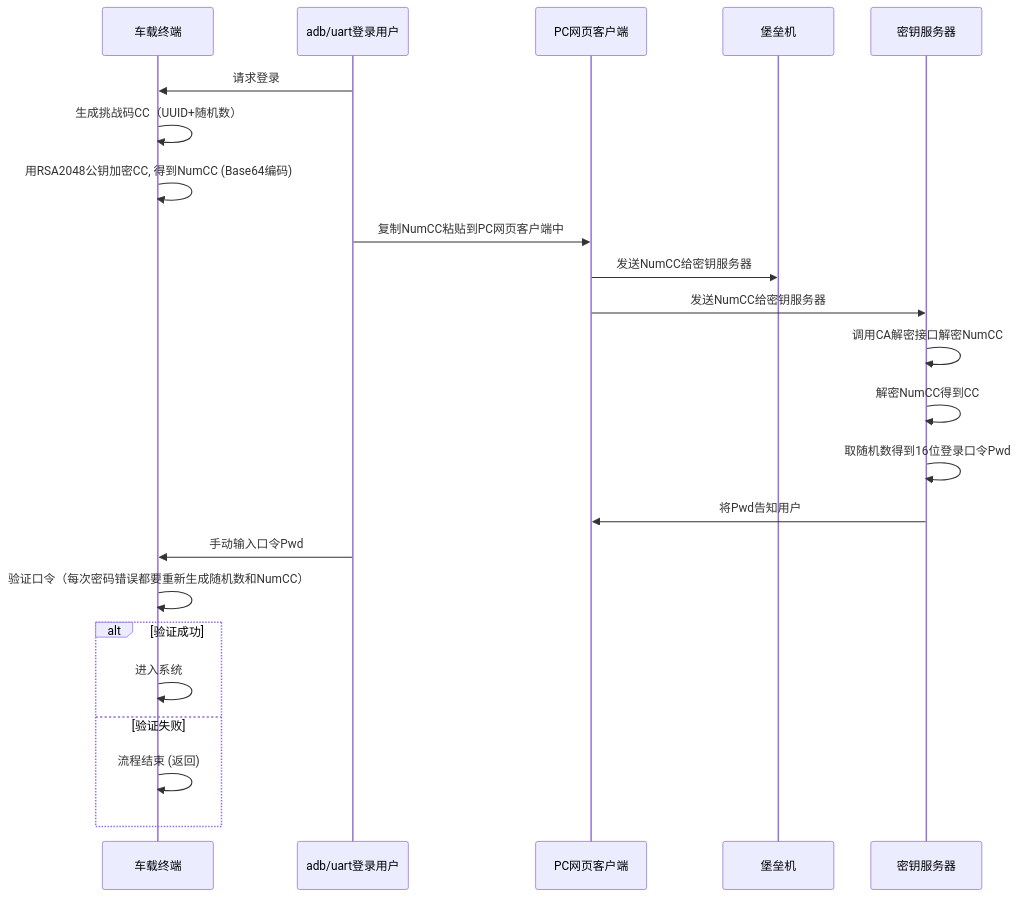
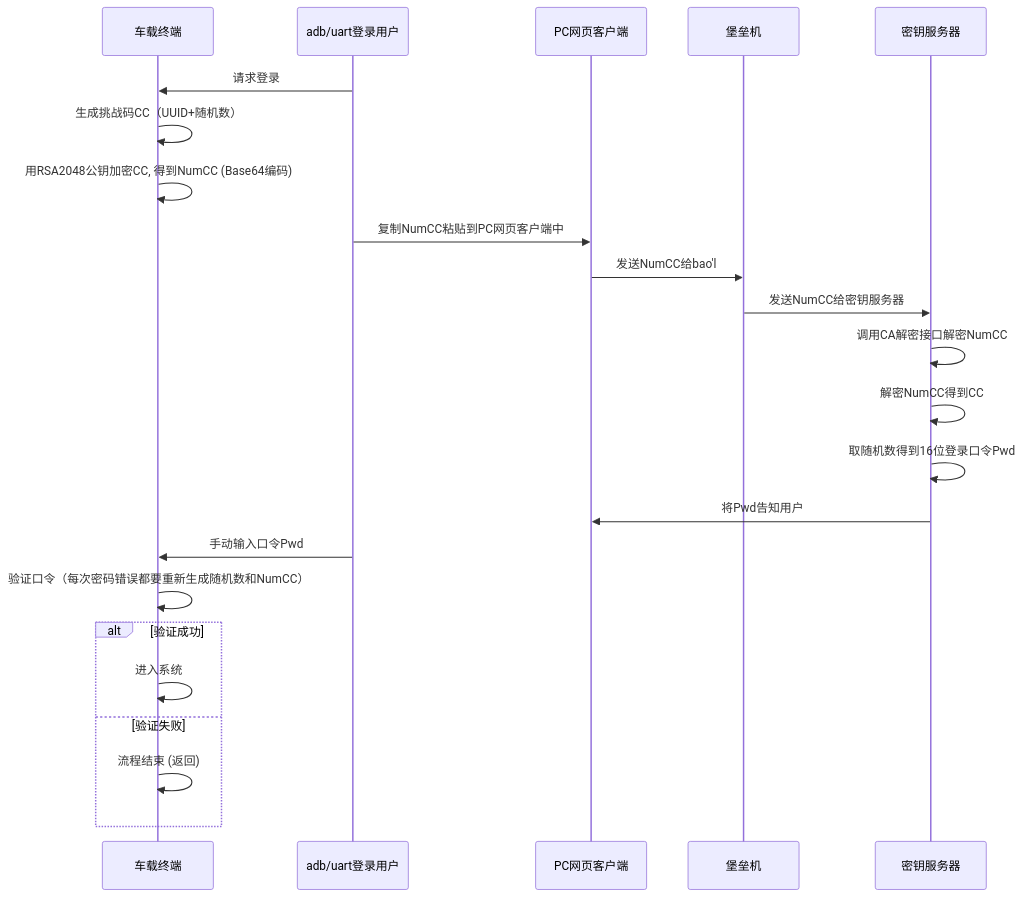
The diagram in all/未命名-16.md (facebook-cloud/iodraw-files), drawn with Mermaid before and after one commit.

Commit message:
2026-02-05 18:04:44 update

````diff
--- a/all/未命名-16.md
+++ b/all/未命名-16.md
@@ -1,29 +1,29 @@
 ```mermaid
 sequenceDiagram
     participant tbox as 车载终端
     participant user as adb/uart登录用户
     participant pc as PC网页客户端
     participant bastion as 堡垒机
     participant tech_center as 密钥服务器
   
 
     user->>tbox: 请求登录
     tbox->>tbox: 生成挑战码CC（UUID+随机数）
     tbox->>tbox: 用RSA2048公钥加密CC, 得到NumCC (Base64编码)
     user->>pc: 复制NumCC粘贴到PC网页客户端中
-    pc->>bastion: 发送NumCC给密钥服务器
-    pc->>tech_center: 发送NumCC给密钥服务器
+    pc->>bastion: 发送NumCC给bao'l
+    bastion->>tech_center: 发送NumCC给密钥服务器
     tech_center->>tech_center: 调用CA解密接口解密NumCC
     tech_center->>tech_center: 解密NumCC得到CC
     tech_center->>tech_center: 取随机数得到16位登录口令Pwd
     tech_center->>pc: 将Pwd告知用户
     user->>tbox: 手动输入口令Pwd
     tbox->>tbox: 验证口令（每次密码错误都要重新生成随机数和NumCC）
     alt 验证成功
         tbox->>tbox: 进入系统
     else 验证失败
         tbox->>tbox: 流程结束 (返回)
     end
 
 
 ```
````
